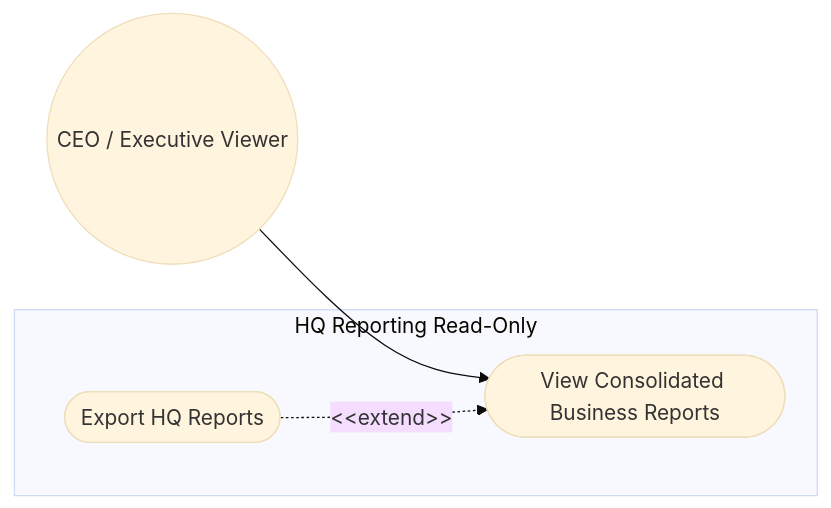
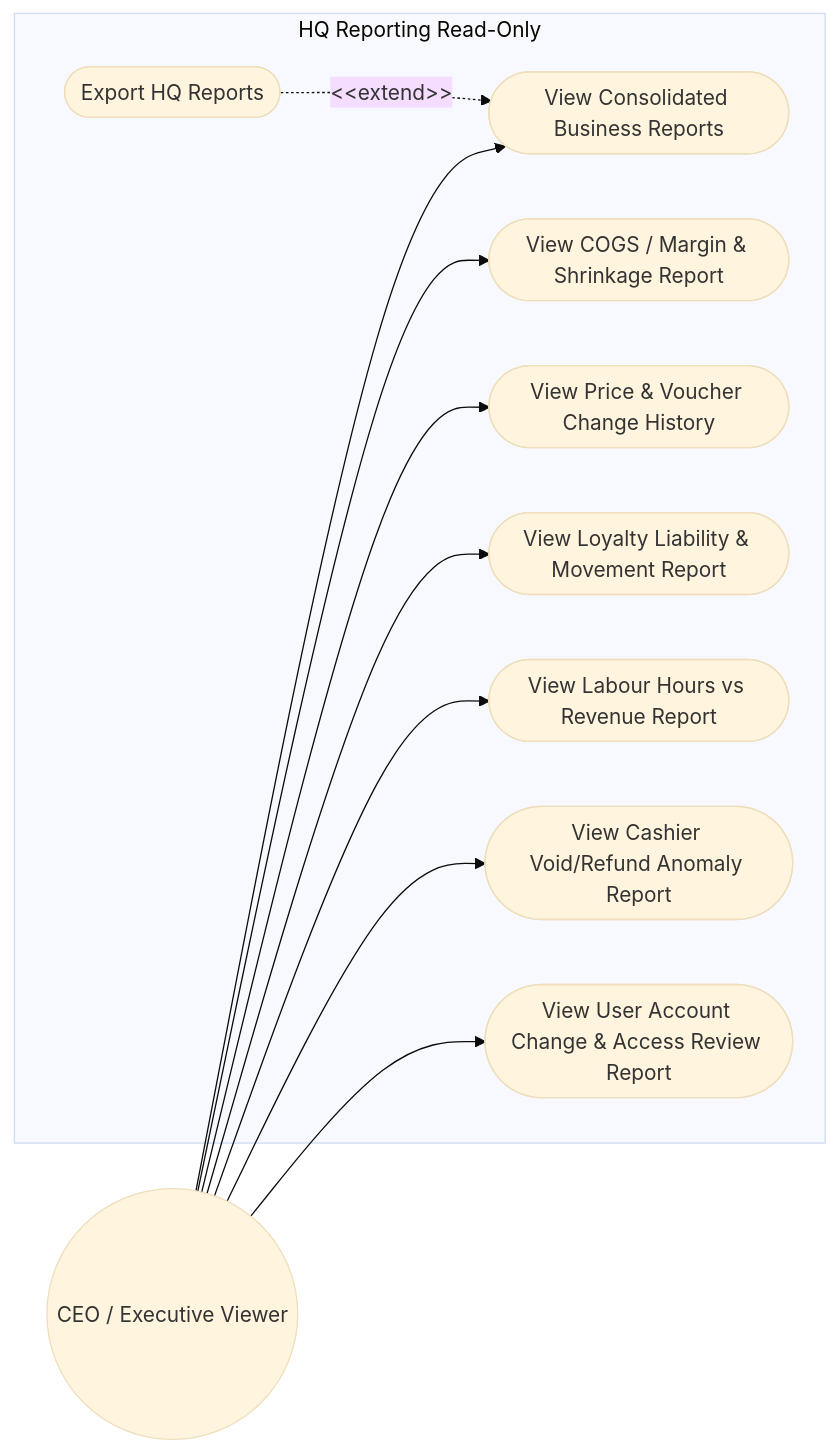
The third of 8 diagrams in sections/02_user_requirements.md (Shaichi/Khoga_coffe_shop), drawn with Mermaid (base theme) before and after one commit. The commit also changed other lines of this file and 10 other files, not shown here.

````diff
--- a/sections/02_user_requirements.md
+++ b/sections/02_user_requirements.md
@@ -91,17 +91,29 @@
 ```mermaid
 graph LR
     %% Actors
     Actor_CEO((CEO / Executive Viewer))
 
     %% Use Cases
     subgraph HQ Reporting Read-Only
         UC_ViewReports([View Consolidated Business Reports])
         UC_ExportReports([Export HQ Reports])
+        UC_ViewCOGS([View COGS / Margin & Shrinkage Report])
+        UC_ViewPriceHistory([View Price & Voucher Change History])
+        UC_ViewLoyaltyLiability([View Loyalty Liability & Movement Report])
+        UC_ViewLabourHrsRev([View Labour Hours vs Revenue Report])
+        UC_ViewAnomaly([View Cashier Void/Refund Anomaly Report])
+        UC_ViewAccessReview([View User Account Change & Access Review Report])
     end
 
     %% Links
     Actor_CEO --> UC_ViewReports
+    Actor_CEO --> UC_ViewCOGS
+    Actor_CEO --> UC_ViewPriceHistory
+    Actor_CEO --> UC_ViewLoyaltyLiability
+    Actor_CEO --> UC_ViewLabourHrsRev
+    Actor_CEO --> UC_ViewAnomaly
+    Actor_CEO --> UC_ViewAccessReview
 
     %% Reports extends
     UC_ExportReports -.-> |"&lt;&lt;extend&gt;&gt;"| UC_ViewReports
 ```
````
